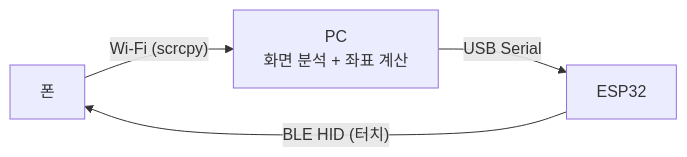
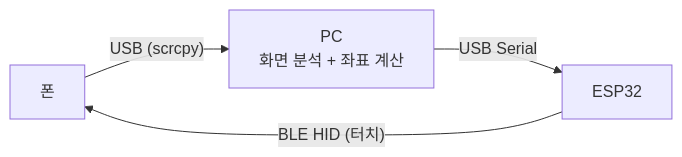
One commit to nil-park/android-auto-control changed the diagram in docs/architecture/pipeline.md. Above: the diagram before and after it, drawn with Mermaid. The commit also changed other lines of this file and 29 other files, not shown here.

````diff
--- a/docs/architecture/pipeline.md
+++ b/docs/architecture/pipeline.md
@@ -7,10 +7,10 @@
 ```mermaid
 flowchart LR
   phone["폰"]
   pc["PC<br/>화면 분석 + 좌표 계산"]
   esp["ESP32"]
 
-  phone -- "Wi-Fi (scrcpy)" --> pc
+  phone -- "USB (scrcpy)" --> pc
   pc -- "USB Serial" --> esp
   esp -- "BLE HID (터치)" --> phone
 ```
````
